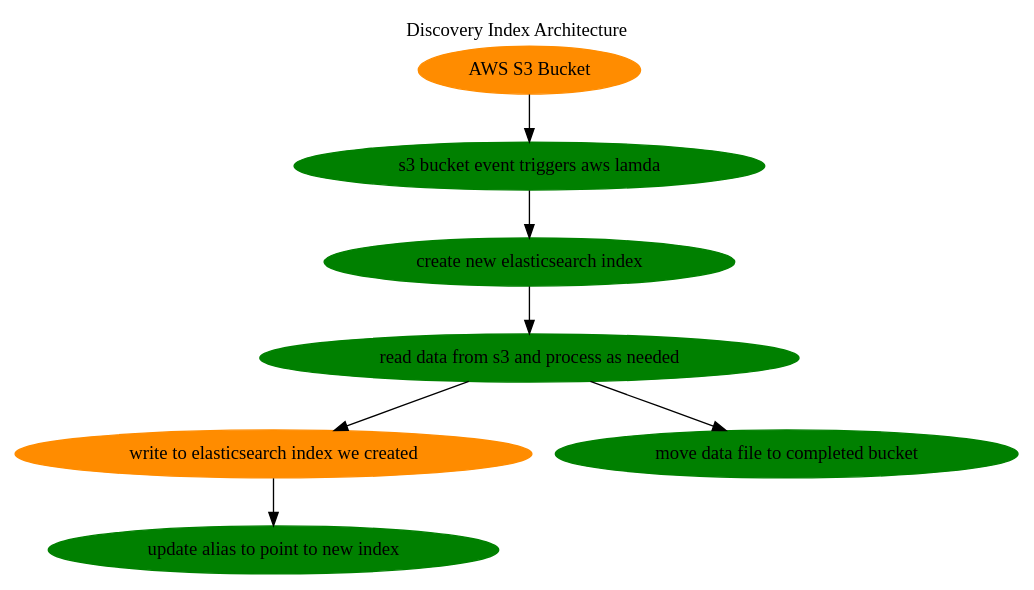
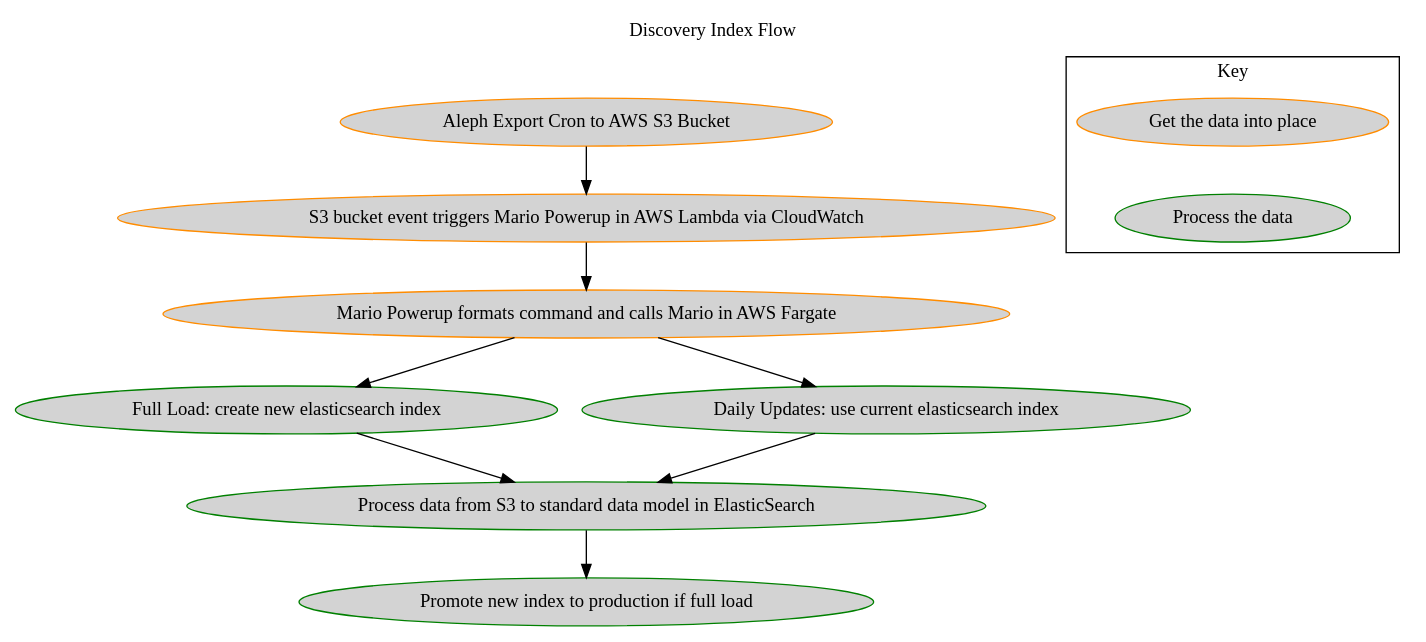
Before and after one commit to MITLibraries/mario: the diagram in docs/charts/dip_architecture.dot, drawn with Graphviz. The commit also changed 3 other files, not shown here.

Commit message:
Updates indexing flow and overview diagrams

```diff
--- a/docs/charts/dip_architecture.dot
+++ b/docs/charts/dip_architecture.dot
@@ -1,24 +1,34 @@
 // dot docs/charts/dip_architecture.dot -Tpng > docs/charts/dip_architecture.png
 // requires installation of GraphViz (brew install graphviz, or
 // http://www.graphviz.org/Download..php if that doesn't work)
 
 digraph G {
-  label="Discovery Index Architecture";
+  label="Discovery Index Flow";
   labelloc=t;
   node [style=filled];
 
-  s3[label="AWS S3 Bucket", color=darkorange]
-  s3Event[label="s3 bucket event triggers aws lamda", color=green]
-  newIndex[label="create new elasticsearch index", color=green]
-  process[label="read data from s3 and process as needed", color=green]
-  writeIndex[label="write to elasticsearch index we created", color=darkorange]
-  updateAlias[label="update alias to point to new index", color=green]
-  moveToProcessedBucket[label="move data file to completed bucket", color=green]
+  aleph[label="Aleph Export Cron to AWS S3 Bucket", color=darkorange, fillcolor=lightgray]
+  s3Event[label="S3 bucket event triggers Mario Powerup in AWS Lambda via CloudWatch", color=darkorange, fillcolor=lightgray]
+  lambda[label="Mario Powerup formats command and calls Mario in AWS Fargate", color=darkorange, fillcolor=lightgray]
+  fullLoad[label="Full Load: create new elasticsearch index", color=green, fillcolor=lightgray]
+  dailyLoad[label="Daily Updates: use current elasticsearch index", color=green, fillcolor=lightgray]
+  process[label="Process data from S3 to standard data model in ElasticSearch", color=green, fillcolor=lightgray]
+  updateAlias[label="Promote new index to production if full load", color=green, fillcolor=lightgray]
 
-  s3 -> s3Event
-  s3Event -> newIndex
-  newIndex -> process
-  process -> writeIndex
-  writeIndex -> updateAlias
-  process -> moveToProcessedBucket
+  aleph -> s3Event
+  s3Event -> lambda
+  lambda -> fullLoad
+  lambda -> dailyLoad
+  dailyLoad -> process
+  fullLoad -> process
+  process -> updateAlias
+
+  subgraph clusterLegend {
+    label="Key";
+    {
+     k2[label="Process the data", color=green, fillcolor=lightgray];
+     k1[label="Get the data into place", color=darkorange, fillcolor=lightgray];
+     k1 -> k2 [style=invis]
+     }
+  }
 }
```
